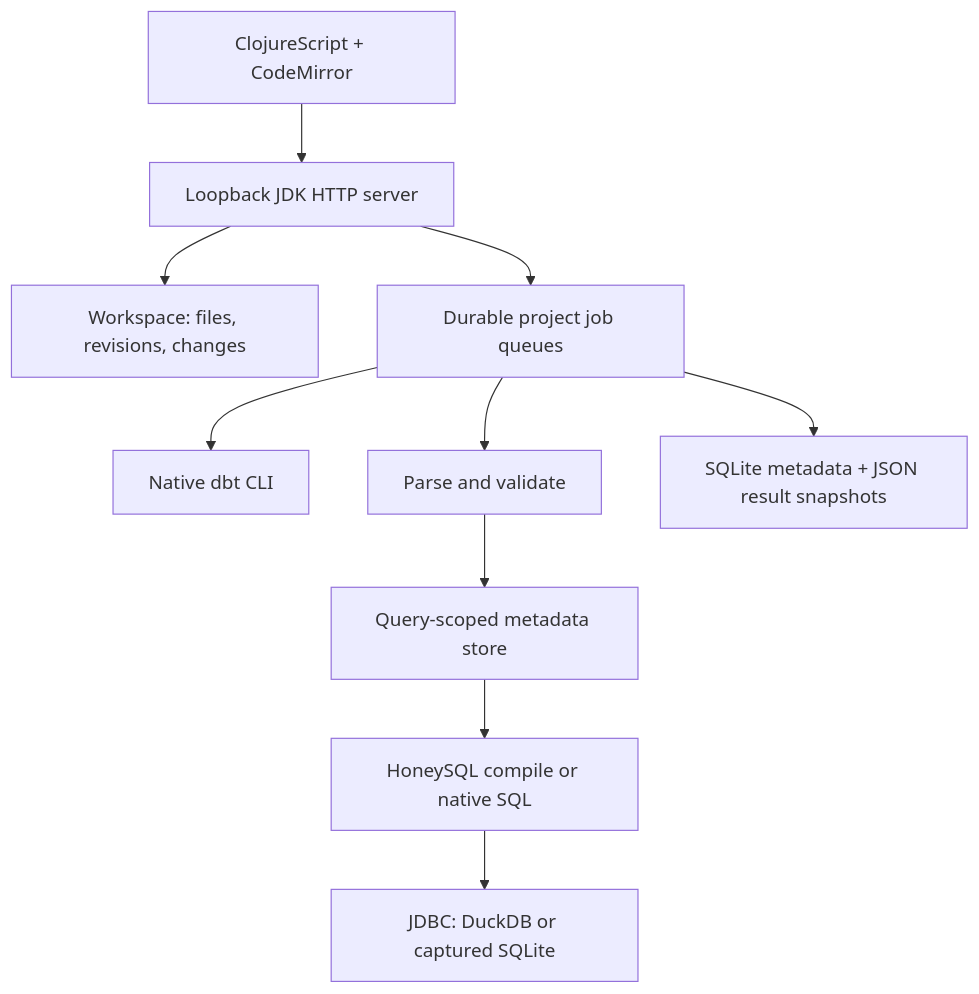
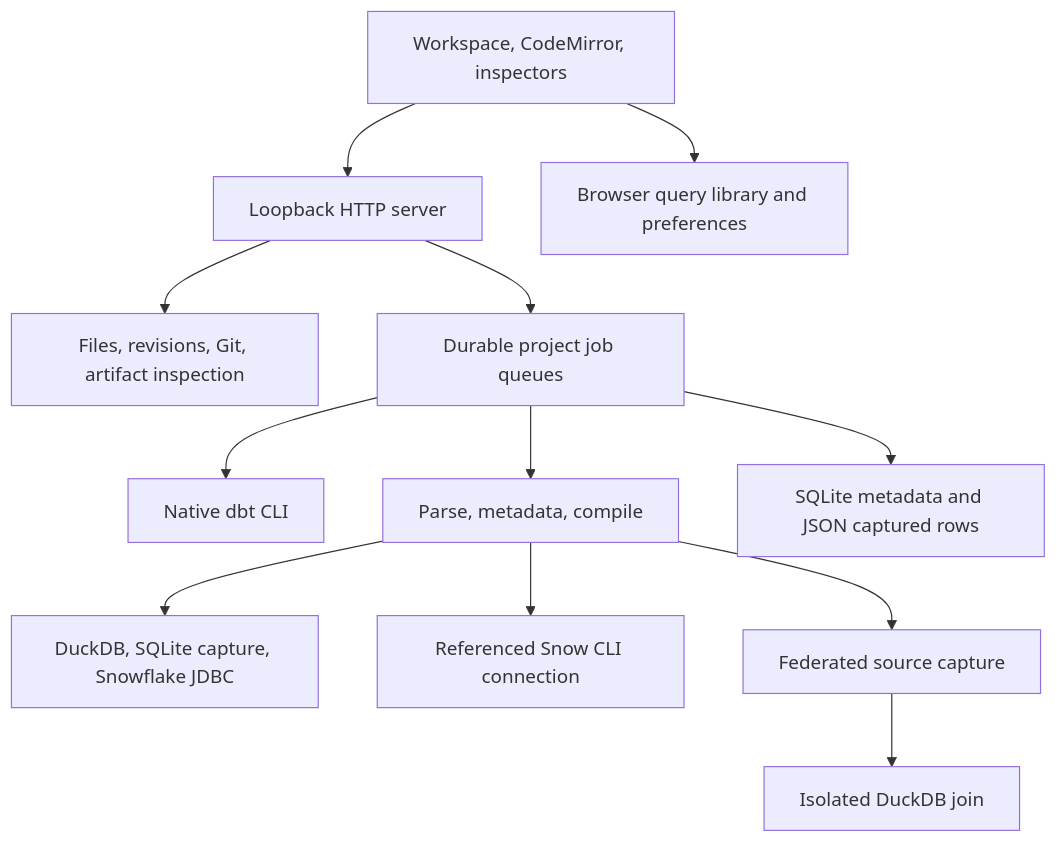
One commit to sabino/dbt-workbench changed the diagram in docs/architecture.md. Above: the diagram before and after it, drawn with Mermaid. The commit also changed other lines of this file and 59 other files, not shown here.

Commit message:
feat: add resizable query workspace and local project tools

````diff
--- a/docs/architecture.md
+++ b/docs/architecture.md
@@ -8,12 +7,14 @@
 ```mermaid
 flowchart TD
-    UI["ClojureScript + CodeMirror"] --> API["Loopback JDK HTTP server"]
-    API --> W["Workspace: files, revisions, changes"]
+    UI["Workspace, CodeMirror, inspectors"] --> API["Loopback HTTP server"]
+    API --> W["Files, revisions, Git, artifact inspection"]
     API --> R["Durable project job queues"]
     R --> DBT["Native dbt CLI"]
-    R --> Q["Parse and validate"]
-    Q --> S["Query-scoped metadata store"]
-    S --> C["HoneySQL compile or native SQL"]
-    C --> D["JDBC: DuckDB or captured SQLite"]
-    R --> P["SQLite metadata + JSON result snapshots"]
+    R --> Q["Parse, metadata, compile"]
+    Q --> JDBC["DuckDB, SQLite capture, Snowflake JDBC"]
+    Q --> CLI["Referenced Snow CLI connection"]
+    Q --> F["Federated source capture"]
+    F --> LOCAL["Isolated DuckDB join"]
+    R --> P["SQLite metadata and JSON captured rows"]
+    UI --> B["Browser query library and preferences"]
 ```
````
